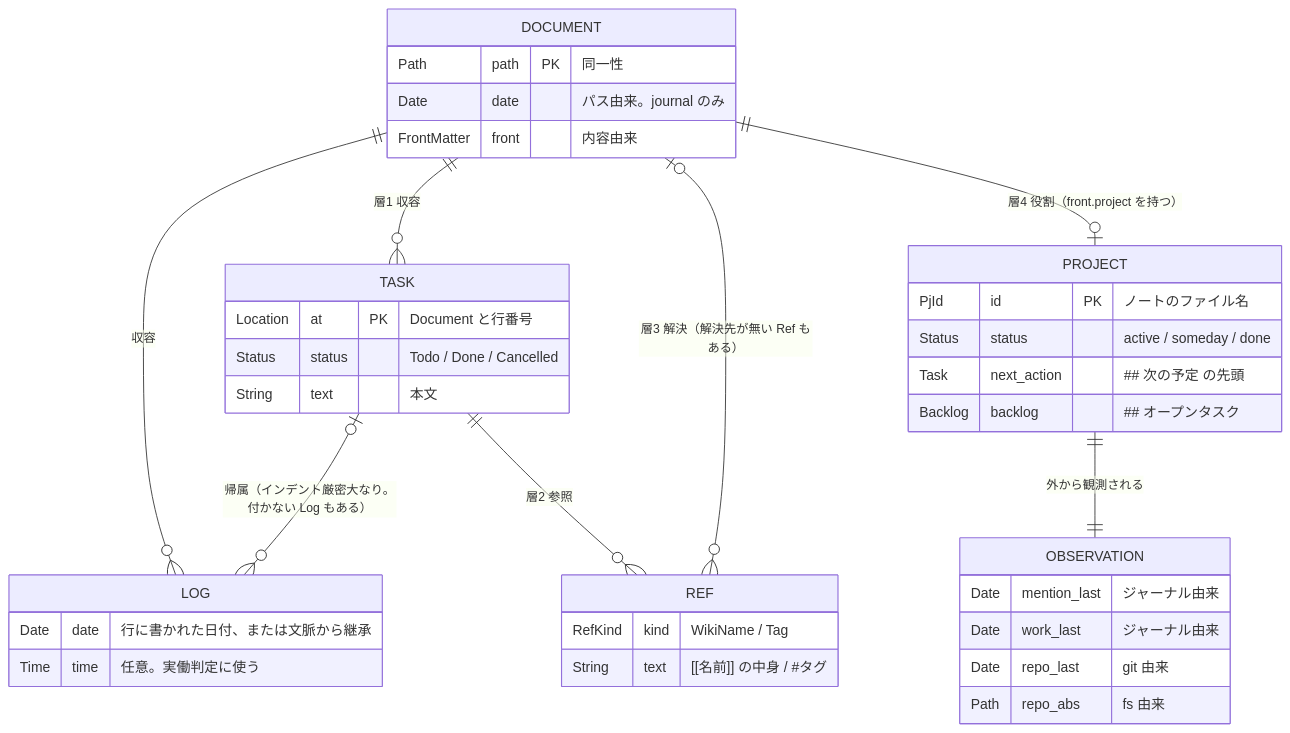
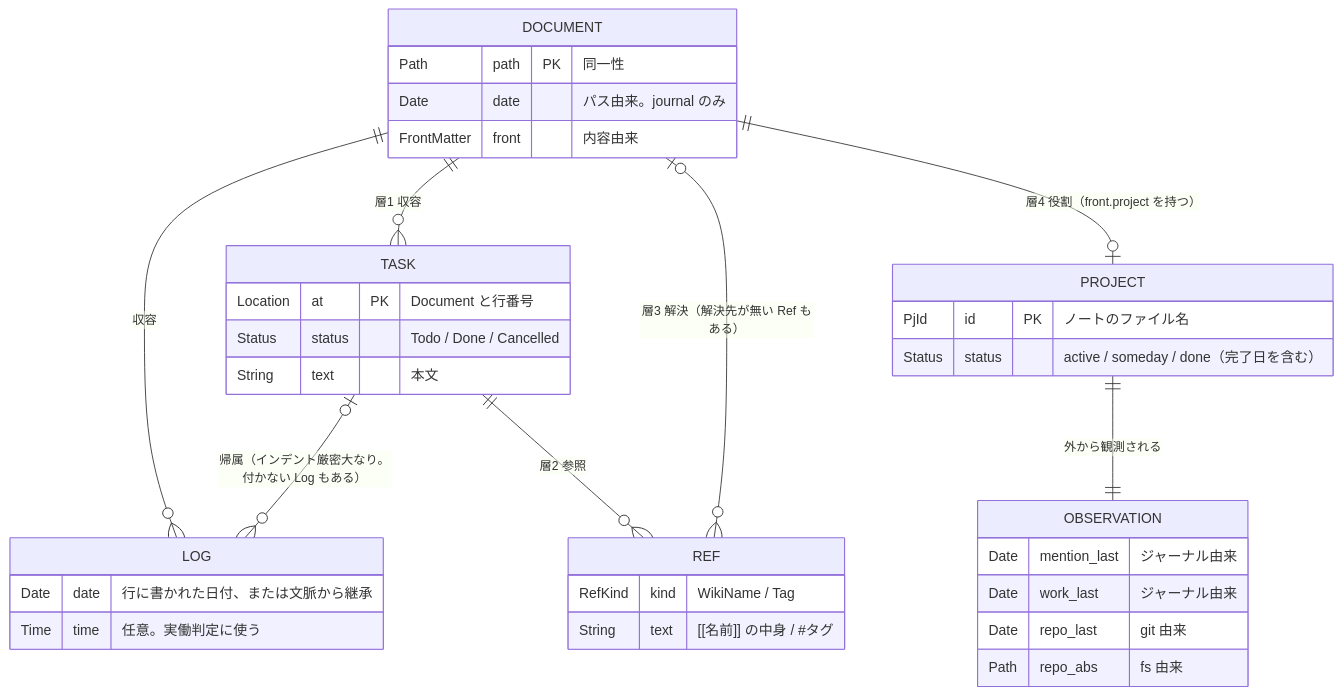
One commit to firstforest/daily-task-logger changed the first of 10 diagrams in docs/design.md. Above: the diagram before and after it, drawn with Mermaid. The commit also changed other lines of this file and 1 other file, not shown here.

````diff
--- a/docs/design.md
+++ b/docs/design.md
@@ -261,41 +275,39 @@
 ```mermaid
 erDiagram
     DOCUMENT ||--o{ TASK : "層1 収容"
     DOCUMENT ||--o{ LOG : "収容"
     TASK |o--o{ LOG : "帰属（インデント厳密大なり。付かない Log もある）"
     TASK ||--o{ REF : "層2 参照"
     REF }o--o| DOCUMENT : "層3 解決（解決先が無い Ref もある）"
     DOCUMENT ||--o| PROJECT : "層4 役割（front.project を持つ）"
     PROJECT ||--|| OBSERVATION : "外から観測される"
 
     DOCUMENT {
         Path path PK "同一性"
         Date date "パス由来。journal のみ"
         FrontMatter front "内容由来"
     }
     TASK {
         Location at PK "Document と行番号"
         Status status "Todo / Done / Cancelled"
         String text "本文"
     }
     REF {
         RefKind kind "WikiName / Tag"
         String text "[[名前]] の中身 / #タグ"
     }
     PROJECT {
         PjId id PK "ノートのファイル名"
-        Status status "active / someday / done"
-        Task next_action "## 次の予定 の先頭"
-        Backlog backlog "## オープンタスク"
+        Status status "active / someday / done（完了日を含む）"
     }
     LOG {
         Date date "行に書かれた日付、または文脈から継承"
         Time time "任意。実働判定に使う"
     }
     OBSERVATION {
         Date mention_last "ジャーナル由来"
         Date work_last "ジャーナル由来"
         Date repo_last "git 由来"
         Path repo_abs "fs 由来"
     }
 ```
````
